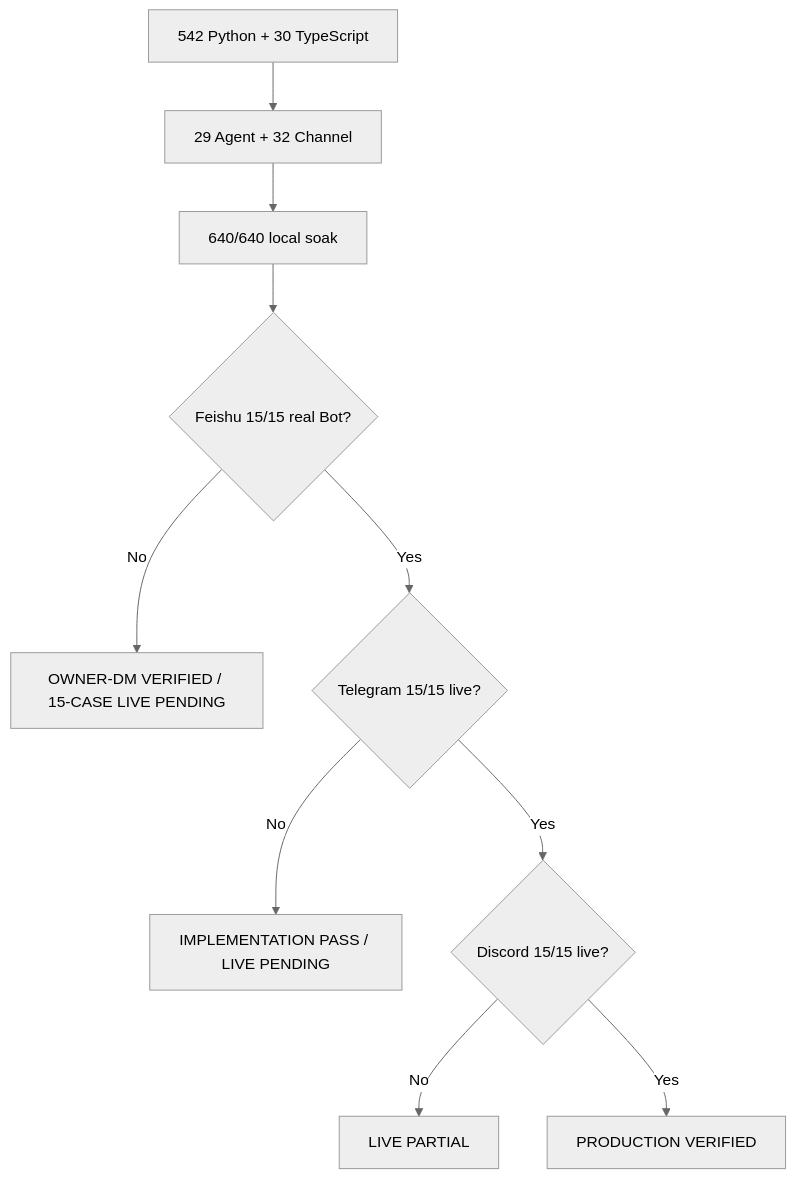
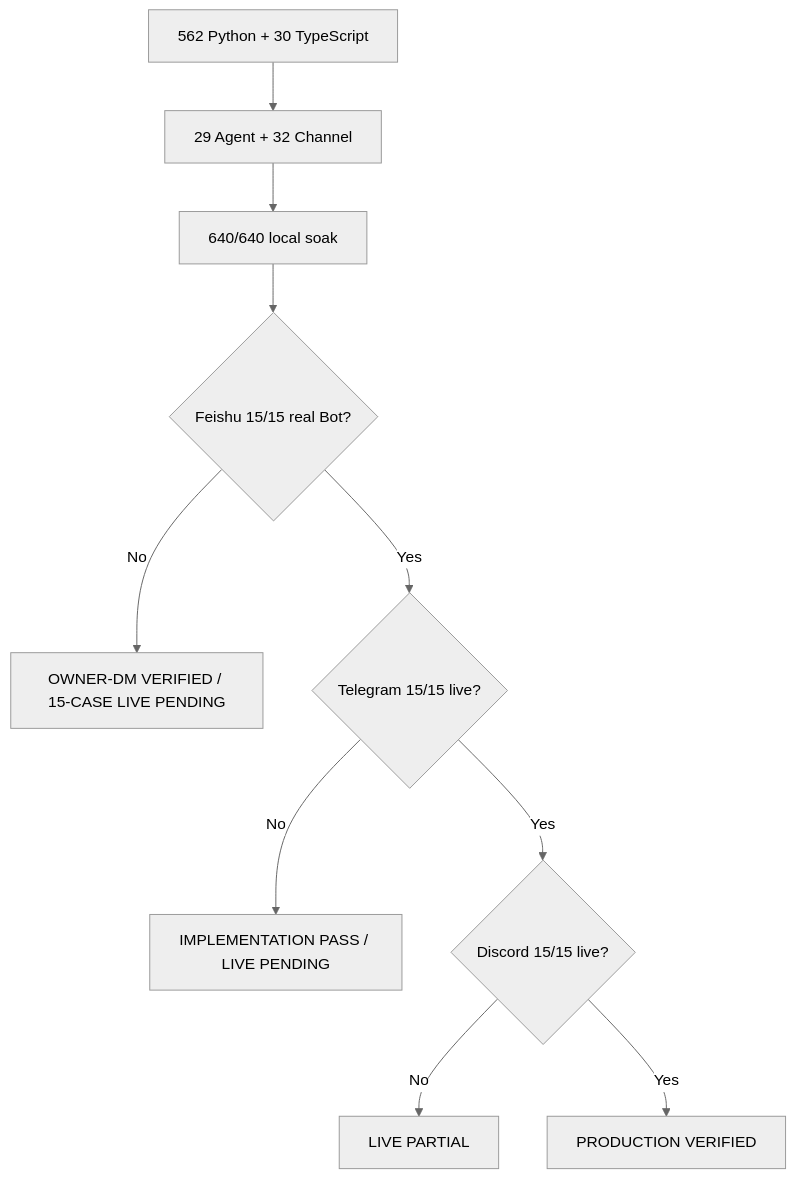
The second of 2 diagrams in docs/engineering/phase-5/testing-and-live-acceptance.md (NEDONION/lobster0), drawn with Mermaid (neutral theme) before and after one commit. The commit also changed other lines of this file and 31 other files, not shown here.

````diff
--- a/docs/engineering/phase-5/testing-and-live-acceptance.md
+++ b/docs/engineering/phase-5/testing-and-live-acceptance.md
@@ -239,12 +239,12 @@
 ```mermaid
 flowchart TD
-    A["542 Python + 30 TypeScript"] --> B["29 Agent + 32 Channel"]
+    A["562 Python + 30 TypeScript"] --> B["29 Agent + 32 Channel"]
     B --> C["640/640 local soak"]
     C --> F{"Feishu 15/15 real Bot?"}
     F -->|"No"| R["OWNER-DM VERIFIED / 15-CASE LIVE PENDING"]
     F -->|"Yes"| D{"Telegram 15/15 live?"}
     D -->|"No"| P["IMPLEMENTATION PASS / LIVE PENDING"]
     D -->|"Yes"| E{"Discord 15/15 live?"}
     E -->|"No"| L["LIVE PARTIAL"]
     E -->|"Yes"| V["PRODUCTION VERIFIED"]
 ```
````
